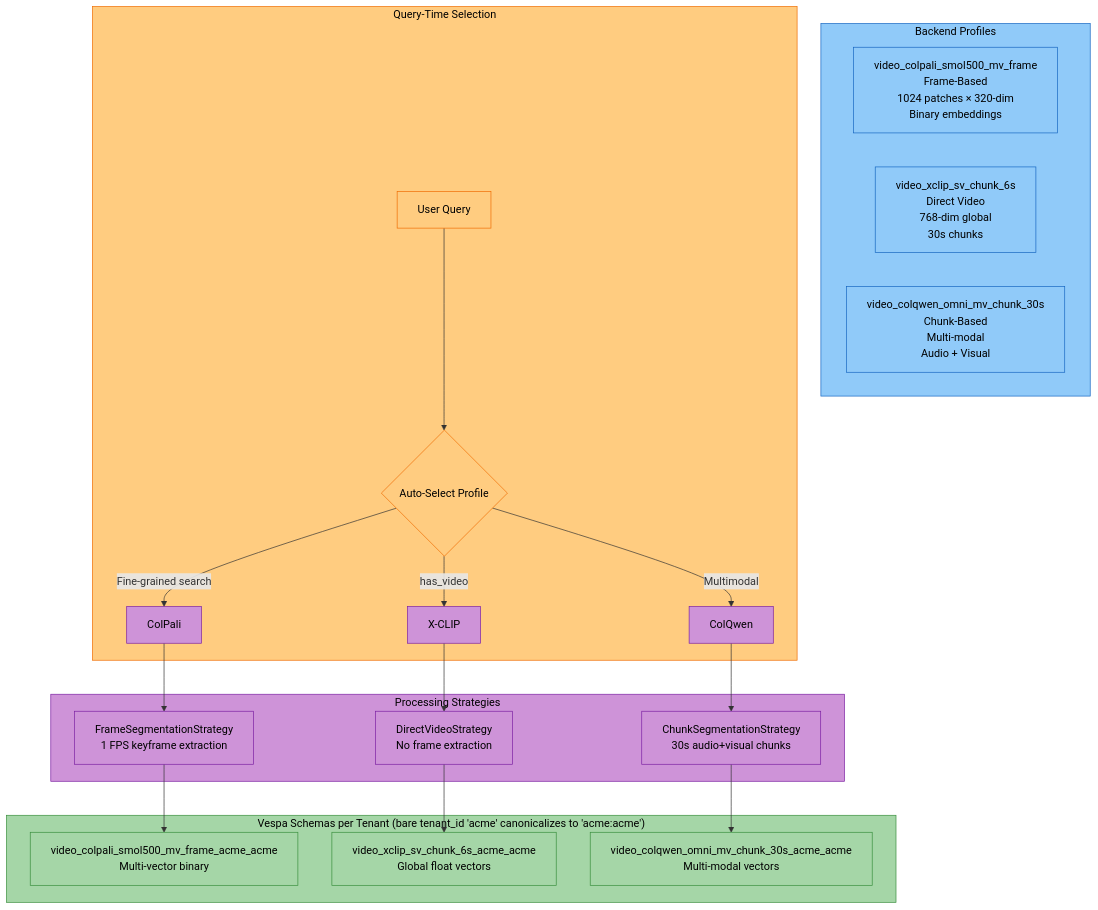
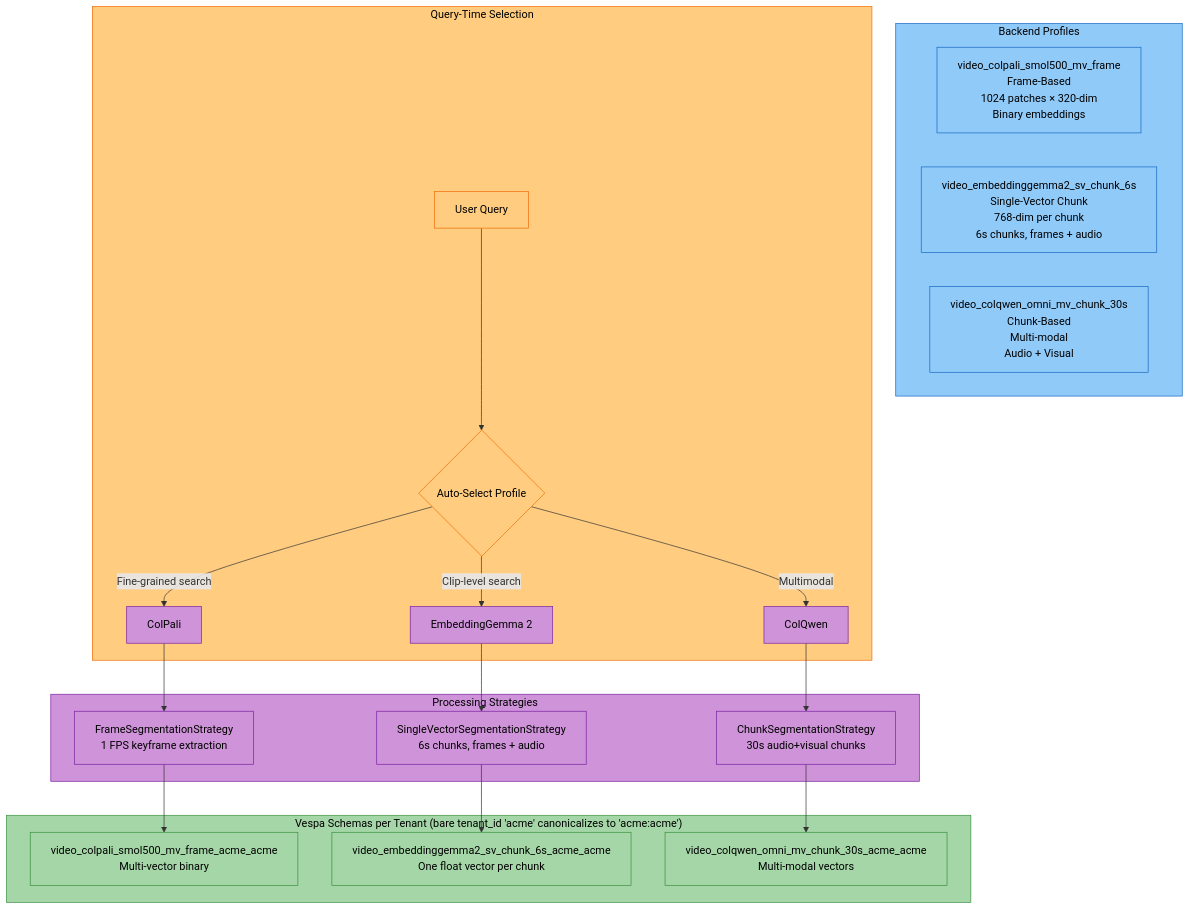
One commit to amit-jain/cogniverse changed the fifth of 9 diagrams in docs/modules/backends.md. Above: the diagram before and after it, drawn with Mermaid. The commit also changed other lines of this file and 161 other files, not shown here.

````diff
--- a/docs/modules/backends.md
+++ b/docs/modules/backends.md
@@ -740,46 +741,46 @@
 ```mermaid
 flowchart TB
     subgraph Profiles["<span style='color:#000'>Backend Profiles</span>"]
         ColPali["<span style='color:#000'>video_colpali_smol500_mv_frame<br/>Frame-Based<br/>1024 patches × 320-dim<br/>Binary embeddings</span>"]
-        X-CLIP["<span style='color:#000'>video_xclip_sv_chunk_6s<br/>Direct Video<br/>768-dim global<br/>30s chunks</span>"]
+        EmbGemma["<span style='color:#000'>video_embeddinggemma2_sv_chunk_6s<br/>Single-Vector Chunk<br/>768-dim per chunk<br/>6s chunks, frames + audio</span>"]
         ColQwen["<span style='color:#000'>video_colqwen_omni_mv_chunk_30s<br/>Chunk-Based<br/>Multi-modal<br/>Audio + Visual</span>"]
     end
 
     subgraph QueryTime["<span style='color:#000'>Query-Time Selection</span>"]
         Query["<span style='color:#000'>User Query</span>"] --> AutoSelect{"<span style='color:#000'>Auto-Select Profile</span>"}
-        AutoSelect -->|has_video| SelectX-CLIP
+        AutoSelect -->|Clip-level search| SelectEmbGemma
         AutoSelect -->|Fine-grained search| SelectColPali
         AutoSelect -->|Multimodal| SelectColQwen
     end
 
     subgraph Strategies["<span style='color:#000'>Processing Strategies</span>"]
         SelectColPali["<span style='color:#000'>ColPali</span>"] --> FrameSeg["<span style='color:#000'>FrameSegmentationStrategy<br/>1 FPS keyframe extraction</span>"]
-        SelectX-CLIP["<span style='color:#000'>X-CLIP</span>"] --> DirectVideo["<span style='color:#000'>DirectVideoStrategy<br/>No frame extraction</span>"]
+        SelectEmbGemma["<span style='color:#000'>EmbeddingGemma 2</span>"] --> SVSeg["<span style='color:#000'>SingleVectorSegmentationStrategy<br/>6s chunks, frames + audio</span>"]
         SelectColQwen["<span style='color:#000'>ColQwen</span>"] --> ChunkSeg["<span style='color:#000'>ChunkSegmentationStrategy<br/>30s audio+visual chunks</span>"]
     end
 
     subgraph VespaSchemas["<span style='color:#000'>Vespa Schemas per Tenant (bare tenant_id 'acme' canonicalizes to 'acme:acme')</span>"]
         FrameSeg --> ColPaliSchema["<span style='color:#000'>video_colpali_smol500_mv_frame_acme_acme<br/>Multi-vector binary</span>"]
-        DirectVideo --> X-CLIPSchema["<span style='color:#000'>video_xclip_sv_chunk_6s_acme_acme<br/>Global float vectors</span>"]
+        SVSeg --> EmbGemmaSchema["<span style='color:#000'>video_embeddinggemma2_sv_chunk_6s_acme_acme<br/>One float vector per chunk</span>"]
         ChunkSeg --> ColQwenSchema["<span style='color:#000'>video_colqwen_omni_mv_chunk_30s_acme_acme<br/>Multi-modal vectors</span>"]
     end
 
     style Profiles fill:#90caf9,stroke:#1565c0,color:#000
     style QueryTime fill:#ffcc80,stroke:#ef6c00,color:#000
     style Strategies fill:#ce93d8,stroke:#7b1fa2,color:#000
     style VespaSchemas fill:#a5d6a7,stroke:#388e3c,color:#000
     style ColPali fill:#90caf9,stroke:#1565c0,color:#000
-    style X-CLIP fill:#90caf9,stroke:#1565c0,color:#000
+    style EmbGemma fill:#90caf9,stroke:#1565c0,color:#000
     style ColQwen fill:#90caf9,stroke:#1565c0,color:#000
     style Query fill:#ffcc80,stroke:#ef6c00,color:#000
     style AutoSelect fill:#ffcc80,stroke:#ef6c00,color:#000
     style SelectColPali fill:#ce93d8,stroke:#7b1fa2,color:#000
-    style SelectX-CLIP fill:#ce93d8,stroke:#7b1fa2,color:#000
+    style SelectEmbGemma fill:#ce93d8,stroke:#7b1fa2,color:#000
     style SelectColQwen fill:#ce93d8,stroke:#7b1fa2,color:#000
     style FrameSeg fill:#ce93d8,stroke:#7b1fa2,color:#000
-    style DirectVideo fill:#ce93d8,stroke:#7b1fa2,color:#000
+    style SVSeg fill:#ce93d8,stroke:#7b1fa2,color:#000
     style ChunkSeg fill:#ce93d8,stroke:#7b1fa2,color:#000
     style ColPaliSchema fill:#a5d6a7,stroke:#388e3c,color:#000
-    style X-CLIPSchema fill:#a5d6a7,stroke:#388e3c,color:#000
+    style EmbGemmaSchema fill:#a5d6a7,stroke:#388e3c,color:#000
     style ColQwenSchema fill:#a5d6a7,stroke:#388e3c,color:#000
 ```
````
